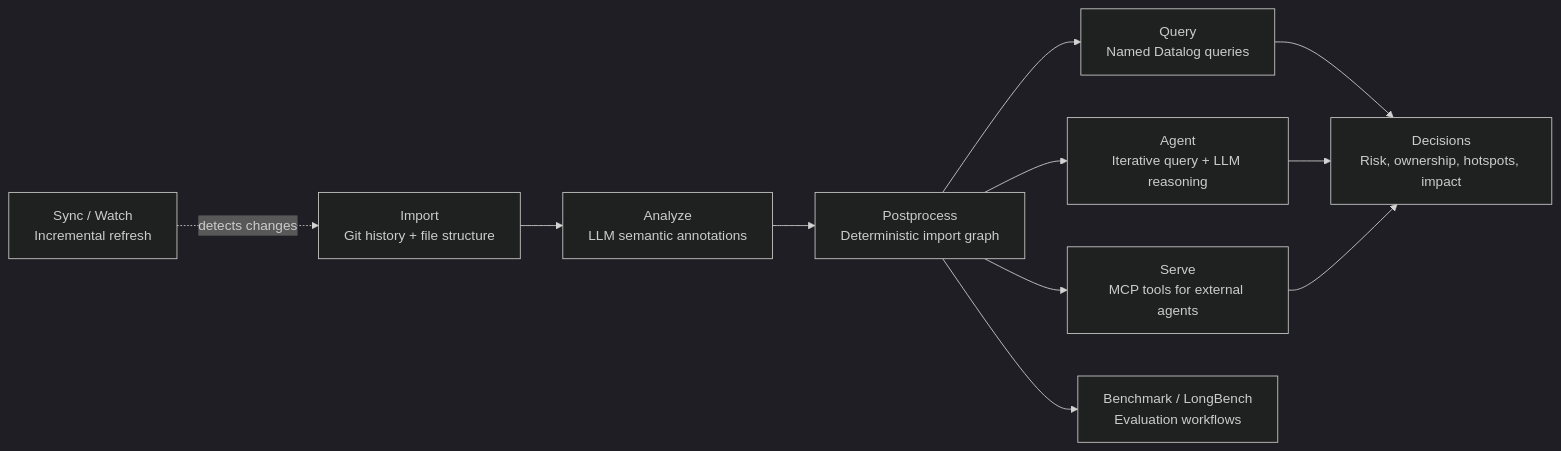
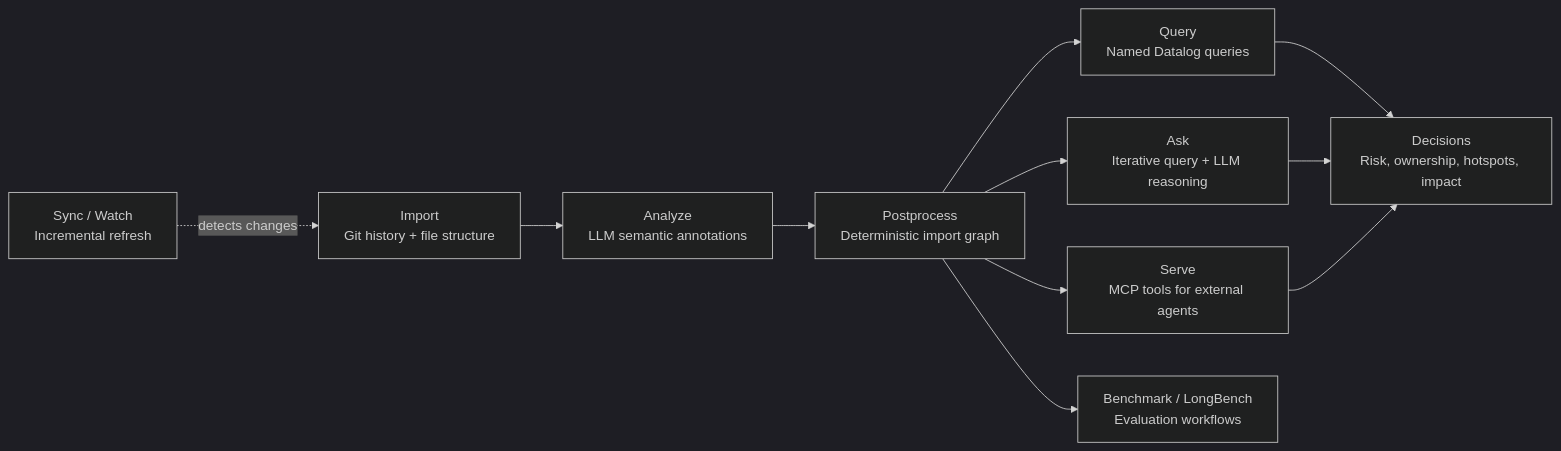
Before and after one commit to leifericf/noumenon: the first of 2 diagrams in README.md, drawn with Mermaid (dark theme). The commit also changed other lines of this file and 6 other files, not shown here.

````diff
--- a/README.md
+++ b/README.md
@@ -168,17 +169,17 @@
 ```mermaid
 flowchart LR
   A[Import\nGit history + file structure] --> B[Analyze\nLLM semantic annotations]
   B --> C[Postprocess\nDeterministic import graph]
 
   S[Sync / Watch\nIncremental refresh] -.->|detects changes| A
 
   C --> D[Query\nNamed Datalog queries]
-  C --> E[Agent\nIterative query + LLM reasoning]
+  C --> E[Ask\nIterative query + LLM reasoning]
   C --> F[Serve\nMCP tools for external agents]
 
   D --> G[Decisions\nRisk, ownership, hotspots, impact]
   E --> G
   F --> G
 
   C --> H[Benchmark / LongBench\nEvaluation workflows]
 ```
````
